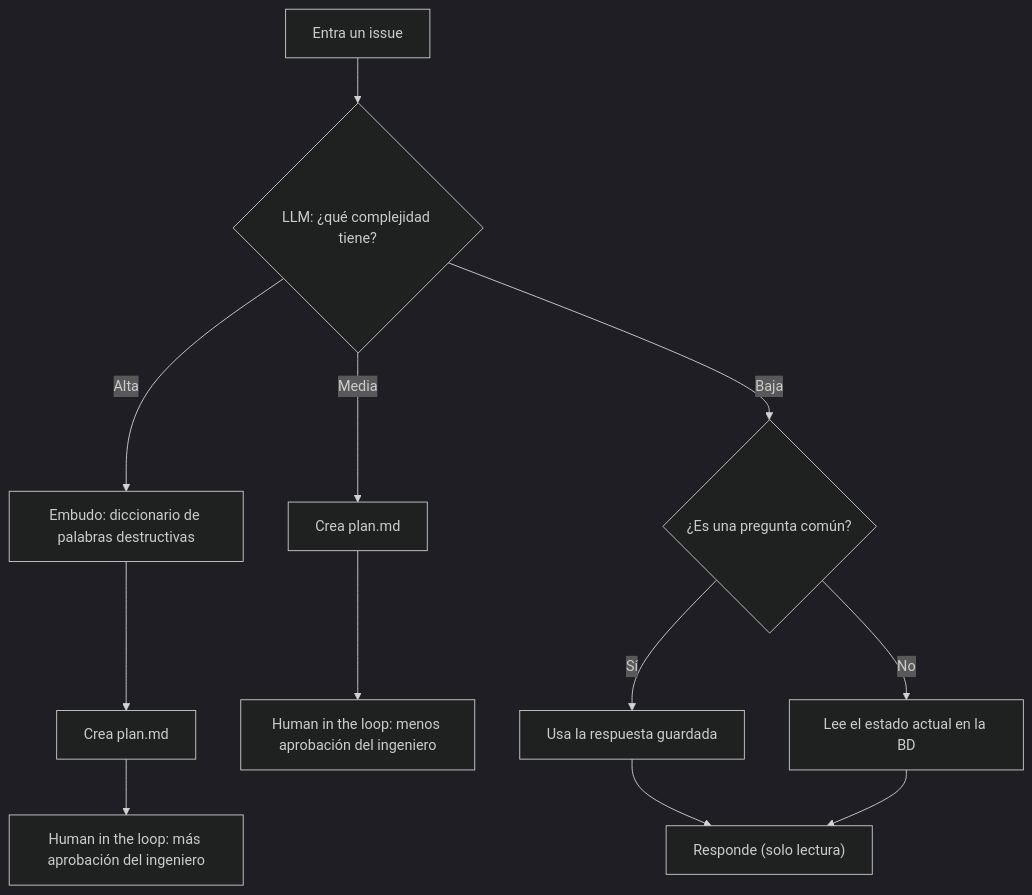
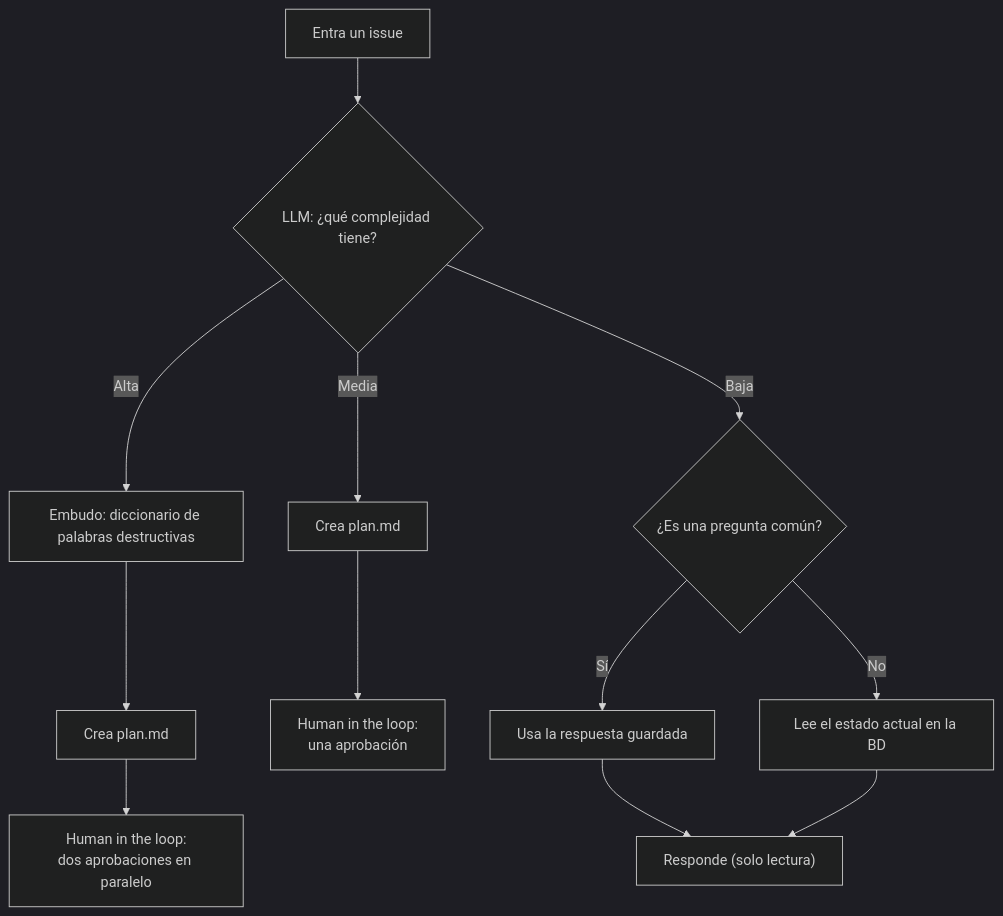
The first of 2 diagrams in LAB05-Reliability/README.md (LuisMUtec/SWA-Labs), drawn with Mermaid (dark theme) before and after one commit. The commit also changed other lines of this file and 2 other files, not shown here.

````diff
--- a/LAB05-Reliability/README.md
+++ b/LAB05-Reliability/README.md
@@ -66,14 +66,14 @@
 ```mermaid
 flowchart TD
     A["Entra un issue"] --> B{"LLM: ¿qué complejidad tiene?"}
     B -->|Alta| C["Embudo: diccionario de palabras destructivas"]
     C --> D["Crea plan.md"]
-    D --> E["Human in the loop: más aprobación del ingeniero"]
+    D --> E["Human in the loop:<br/>dos aprobaciones en paralelo"]
     B -->|Media| F["Crea plan.md"]
-    F --> G["Human in the loop: menos aprobación del ingeniero"]
+    F --> G["Human in the loop:<br/>una aprobación"]
     B -->|Baja| H{"¿Es una pregunta común?"}
     H -->|Sí| I["Usa la respuesta guardada"]
     H -->|No| J["Lee el estado actual en la BD"]
     I --> K["Responde (solo lectura)"]
     J --> K
 ```
````
